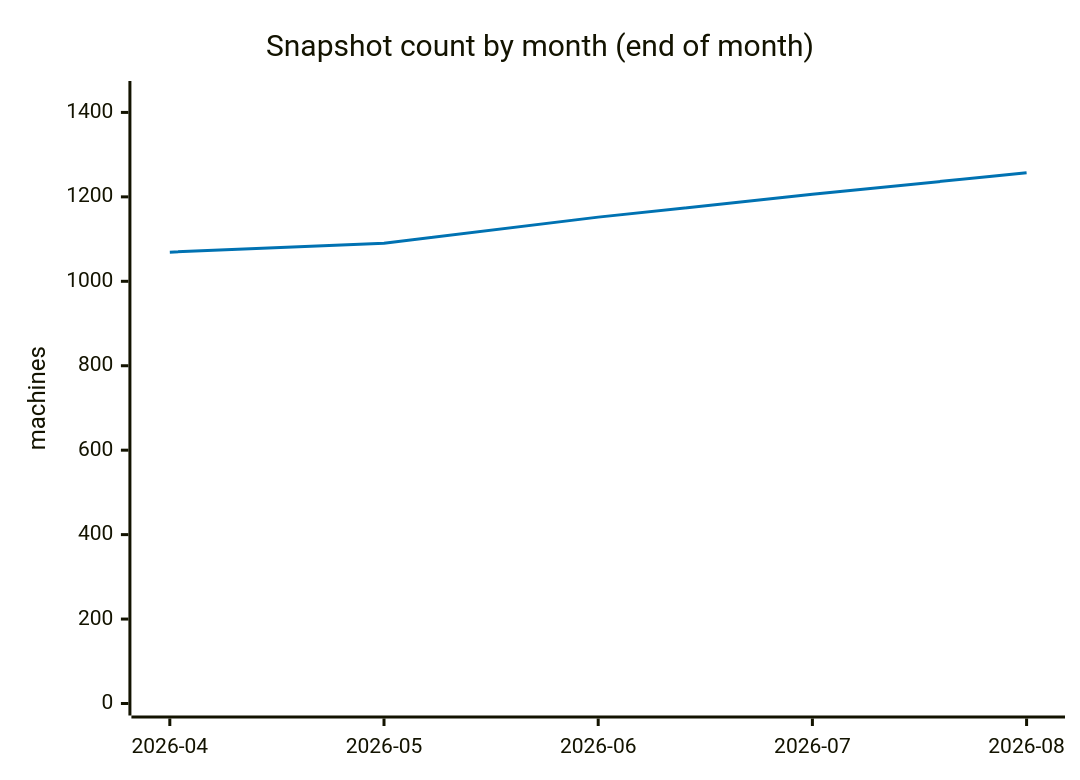
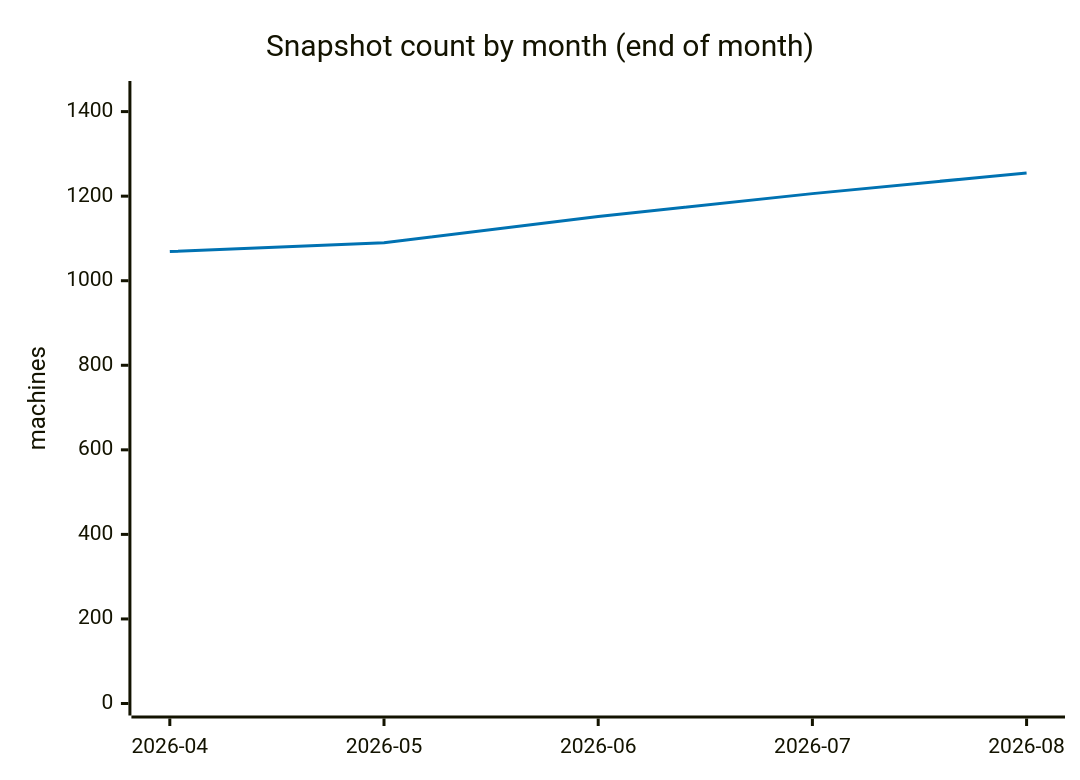
One commit to cheeaun/returnright-data changed the sixth of 7 diagrams in ANALYSIS.md. Above: the diagram before and after it, drawn with Mermaid. The commit also changed other lines of this file and 3 other files, not shown here.

````diff
--- a/ANALYSIS.md
+++ b/ANALYSIS.md
@@ -286,13 +284,13 @@
 ```mermaid
 ---
 config:
   themeVariables:
     xyChart:
       plotColorPalette: "#0072B2"
 ---
 xychart-beta
     title "Snapshot count by month (end of month)"
     x-axis ["2026-04", "2026-05", "2026-06", "2026-07", "2026-08"]
-    y-axis "machines" 0 --> 1446
-    line [1069, 1090, 1152, 1206, 1257]
+    y-axis "machines" 0 --> 1444
+    line [1069, 1090, 1152, 1206, 1255]
 ```
````
